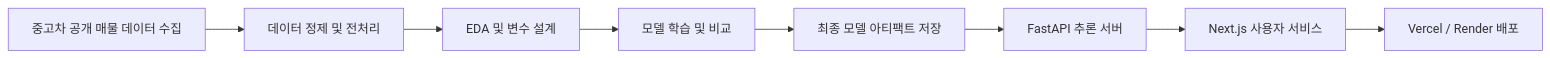
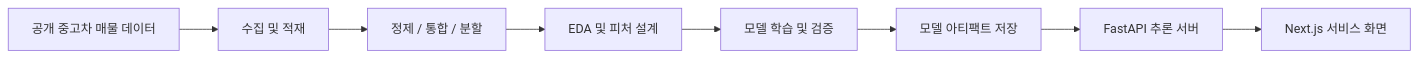
Before and after one commit to chanho0215/car_price: the third of 3 diagrams in README.md, drawn with Mermaid. The commit also changed other lines of this file, not shown here.

````diff
--- a/README.md
+++ b/README.md
@@ -385,10 +254,10 @@
 ```mermaid
 flowchart LR
-    A[중고차 공개 매물 데이터 수집] --> B[데이터 정제 및 전처리]
-    B --> C[EDA 및 변수 설계]
-    C --> D[모델 학습 및 비교]
-    D --> E[최종 모델 아티팩트 저장]
-    E --> F[FastAPI 추론 서버]
-    F --> G[Next.js 사용자 서비스]
-    G --> H[Vercel / Render 배포]
+    S["공개 중고차 매물 데이터"] --> C["수집 및 적재"]
+    C --> P["정제 / 통합 / 분할"]
+    P --> E["EDA 및 피처 설계"]
+    E --> T["모델 학습 및 검증"]
+    T --> A["모델 아티팩트 저장"]
+    A --> I["FastAPI 추론 서버"]
+    I --> F["Next.js 서비스 화면"]
 ```
````
